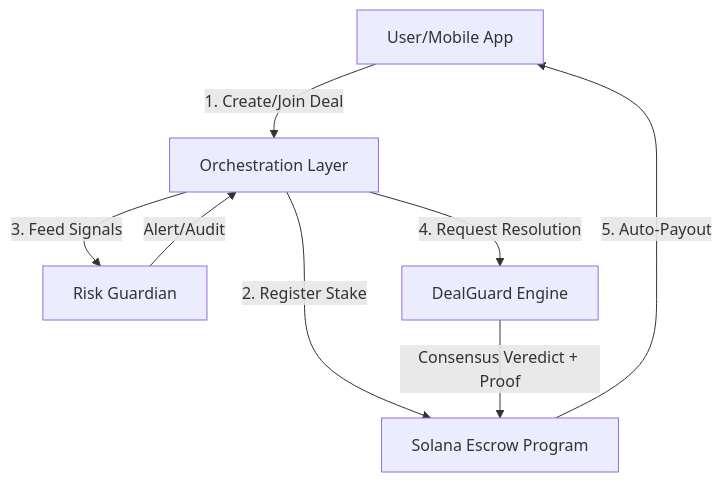
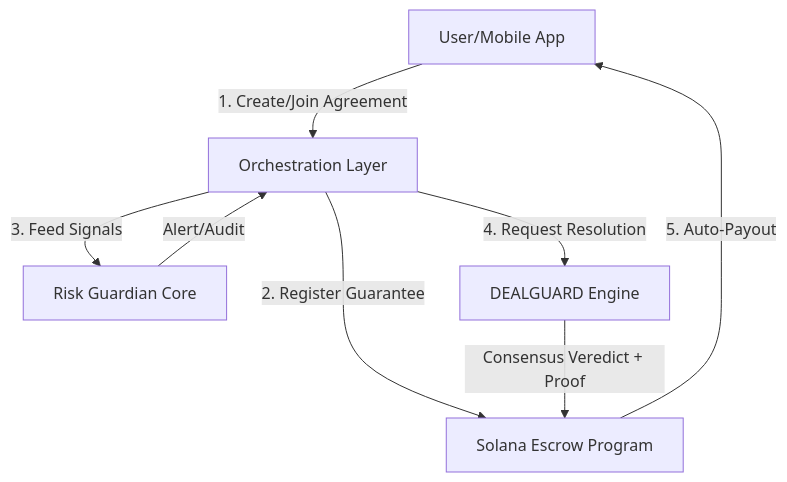
The diagram in docs/ARCHITECTURE.md (lkr0102/truedeal), drawn with Mermaid before and after one commit. The commit also changed other lines of this file and 5 other files, not shown here.

````diff
--- a/docs/ARCHITECTURE.md
+++ b/docs/ARCHITECTURE.md
@@ -9,13 +9,13 @@
 ```mermaid
 graph TD
-    User[User/Mobile App] -->|1. Create/Join Deal| Backend[Orchestration Layer]
-    Backend -->|2. Register Stake| Solana[Solana Escrow Program]
+    User[User/Mobile App] -->|1. Create/Join Agreement| Backend[Orchestration Layer]
+    Backend -->|2. Register Guarantee| Solana[Solana Escrow Program]
     
-    Backend -->|3. Feed Signals| Risk[Risk Guardian]
-    Backend -->|4. Request Resolution| DG[DealGuard Engine]
+    Backend -->|3. Feed Signals| Risk[Risk Guardian Core]
+    Backend -->|4. Request Resolution| DG[DEALGUARD Engine]
     
     Risk -->|Alert/Audit| Backend
     DG -->|Consensus Veredict + Proof| Solana
     
     Solana -->|5. Auto-Payout| User
 ```
````
